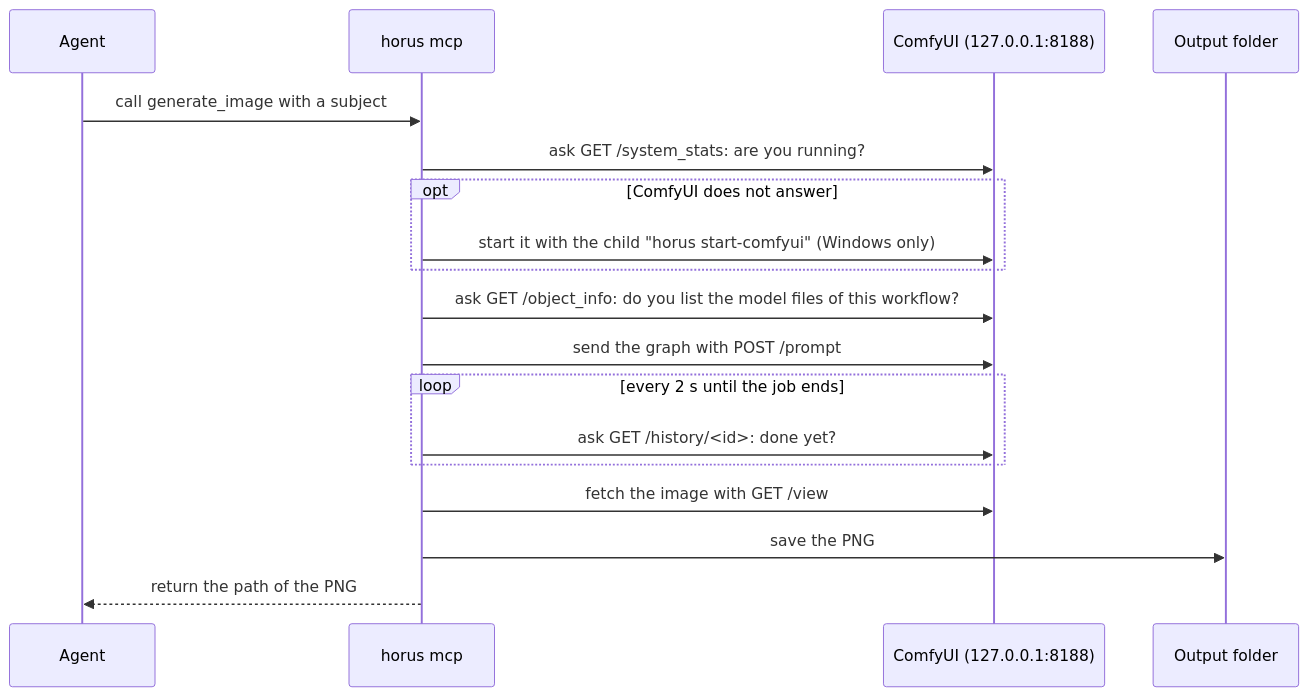
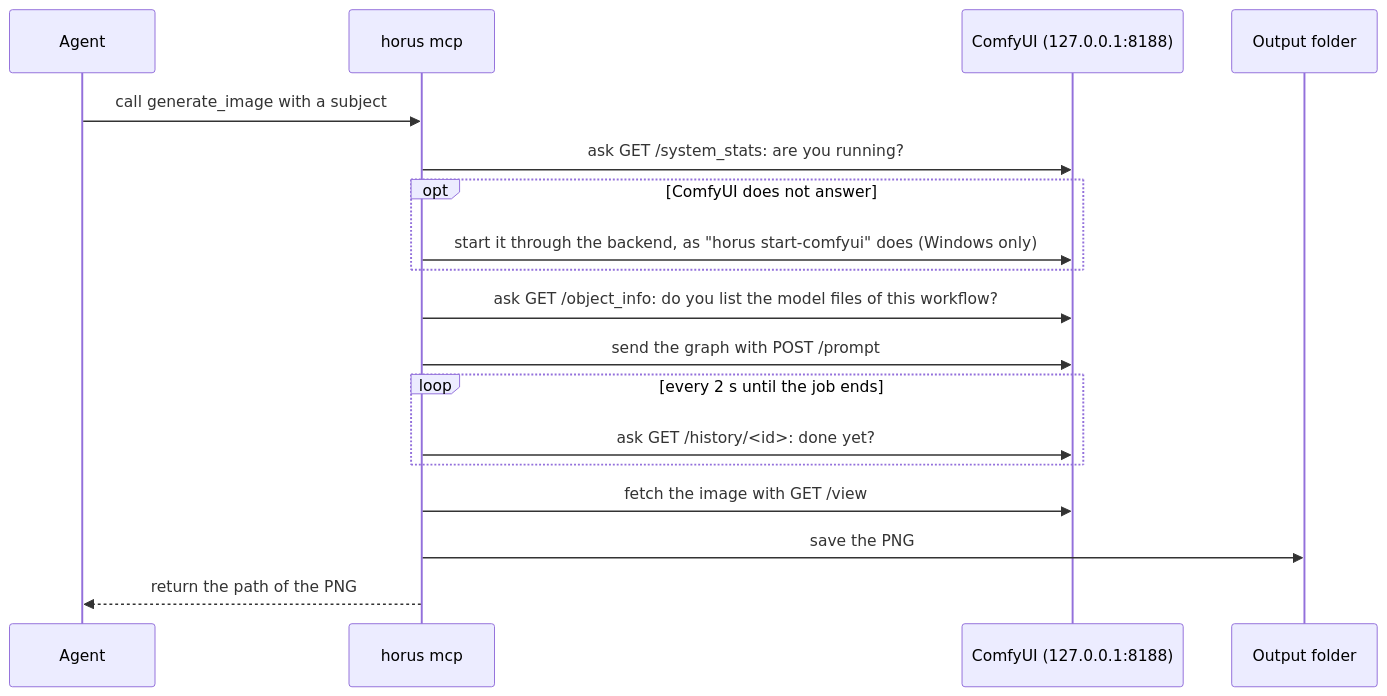
Before and after one commit to hieplam/horus: the third of 3 diagrams in docs/mcp.md, drawn with Mermaid. The commit also changed other lines of this file and 1 other file, not shown here.

Commit message:
docs(backend): decisions of T7 and the autostart in docs/mcp.md (#62)

````diff
--- a/docs/mcp.md
+++ b/docs/mcp.md
@@ -64,20 +64,20 @@
 ```mermaid
 sequenceDiagram
   participant A as Agent
   participant S as horus mcp
   participant C as ComfyUI (127.0.0.1:8188)
   participant F as Output folder
   A->>S: call generate_image with a subject
   S->>C: ask GET /system_stats: are you running?
   opt ComfyUI does not answer
-    S->>C: start it with the child "horus start-comfyui" (Windows only)
+    S->>C: start it through the backend, as "horus start-comfyui" does (Windows only)
   end
   S->>C: ask GET /object_info: do you list the model files of this workflow?
   S->>C: send the graph with POST /prompt
   loop every 2 s until the job ends
     S->>C: ask GET /history/<id>: done yet?
   end
   S->>C: fetch the image with GET /view
   S->>F: save the PNG
   S-->>A: return the path of the PNG
 ```
````
